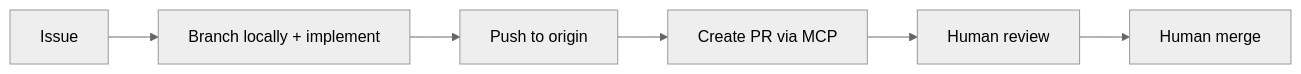
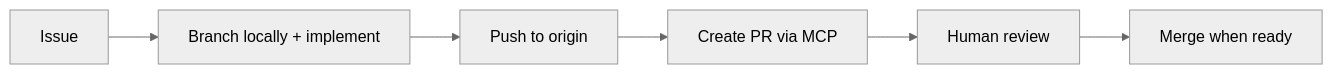
One commit to abelpz/biblia-studio changed the diagram in docs/08-github-agent-workflow.md. Above: the diagram before and after it, drawn with Mermaid (neutral theme). The commit also changed other lines of this file and 1 other file, not shown here.

````diff
--- a/docs/08-github-agent-workflow.md
+++ b/docs/08-github-agent-workflow.md
@@ -30,8 +32,8 @@
 ```mermaid
 flowchart LR
   I[Issue] --> B[Branch locally + implement]
   B --> P[Push to origin]
   P --> PR[Create PR via MCP]
   PR --> R[Human review]
-  R --> M[Human merge]
+  R --> M[Merge when ready]
 ```
````
